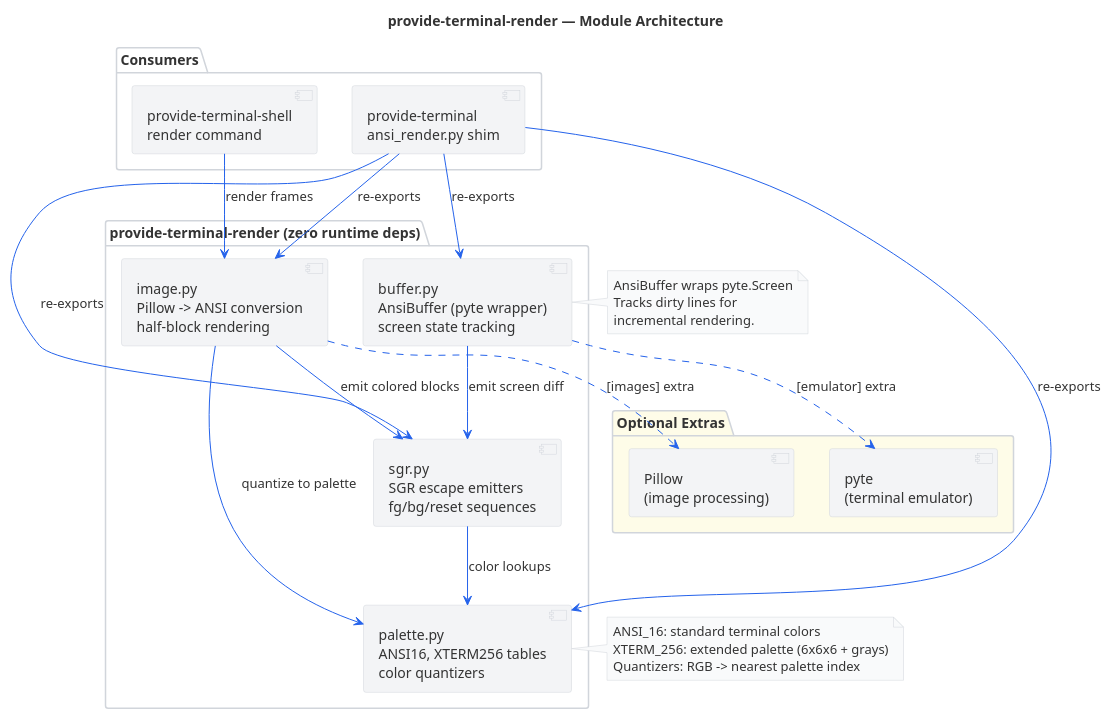
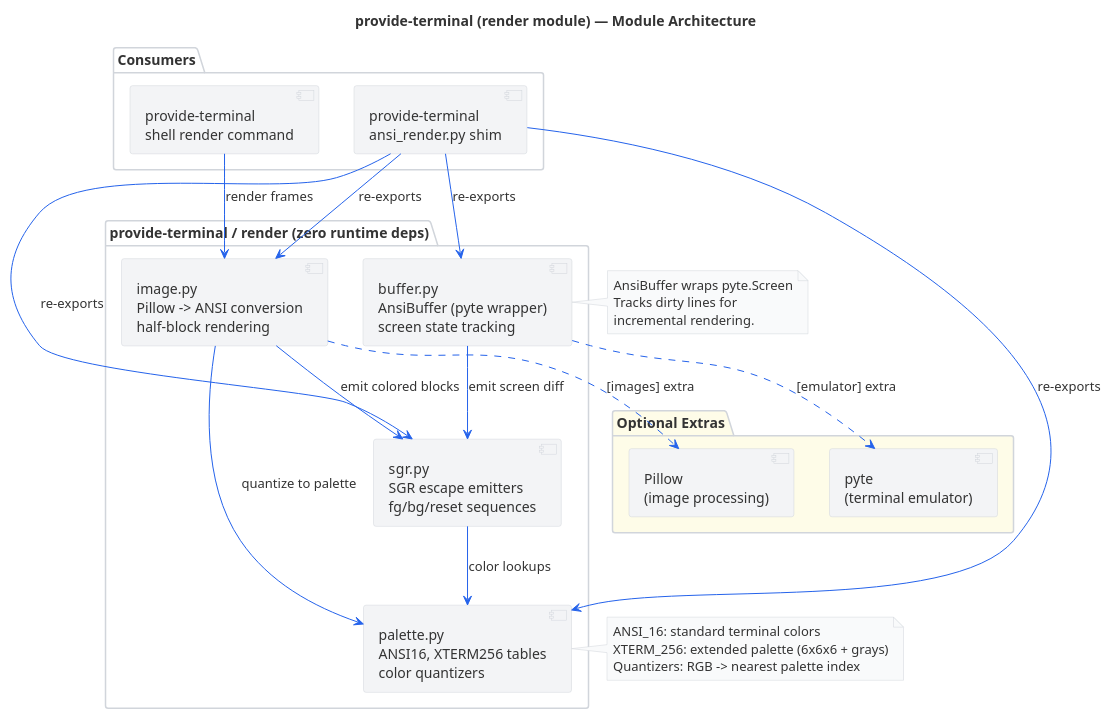
Before and after one commit to provide-io/provide-uterm: the diagram in docs/diagrams/render-architecture.puml, drawn with PlantUML. The commit also changed 932 other files, not shown here.

```diff
--- a/docs/diagrams/render-architecture.puml
+++ b/docs/diagrams/render-architecture.puml
@@ -4,60 +4,60 @@
 @startuml render-architecture
-title provide-terminal-render — Module Architecture
+title provide-terminal (render module) — Module Architecture
 
 skinparam backgroundColor #ffffff
 skinparam defaultFontColor #333333
 skinparam componentBorderColor #d1d5db
 skinparam componentBackgroundColor #f3f4f6
 skinparam packageBorderColor #d1d5db
 skinparam packageBackgroundColor #ffffff
 skinparam arrowColor #2563eb
 skinparam noteBorderColor #d1d5db
 skinparam noteBackgroundColor #f9fafb
 
-package "provide-terminal-render (zero runtime deps)" {
+package "provide-terminal / render (zero runtime deps)" {
   [palette.py\nANSI16, XTERM256 tables\ncolor quantizers] as PAL
   [sgr.py\nSGR escape emitters\nfg/bg/reset sequences] as SGR
   [image.py\nPillow -> ANSI conversion\nhalf-block rendering] as IMG
   [buffer.py\nAnsiBuffer (pyte wrapper)\nscreen state tracking] as BUF
 }
 
 package "Optional Extras" #fefce8 {
   [pyte\n(terminal emulator)] as PYTE
   [Pillow\n(image processing)] as PIL
 }
 
 package "Consumers" {
   [provide-terminal\nansi_render.py shim] as SHIM
-  [provide-terminal-shell\nrender command] as SHREND
+  [provide-terminal\nshell render command] as SHREND
 }
 
 ' Internal relationships
 SGR --> PAL : color lookups
 IMG --> PAL : quantize to palette
 IMG --> SGR : emit colored blocks
 BUF --> SGR : emit screen diff
 
 ' Optional deps
 BUF ..> PYTE : [emulator] extra
 IMG ..> PIL : [images] extra
 
 ' Consumers
 SHIM --> PAL : re-exports
 SHIM --> SGR : re-exports
 SHIM --> IMG : re-exports
 SHIM --> BUF : re-exports
 SHREND --> IMG : render frames
 
 note right of PAL
   ANSI_16: standard terminal colors
   XTERM_256: extended palette (6x6x6 + grays)
   Quantizers: RGB -> nearest palette index
 end note
 
 note right of BUF
   AnsiBuffer wraps pyte.Screen
   Tracks dirty lines for
   incremental rendering.
 end note
 
 @enduml
```
